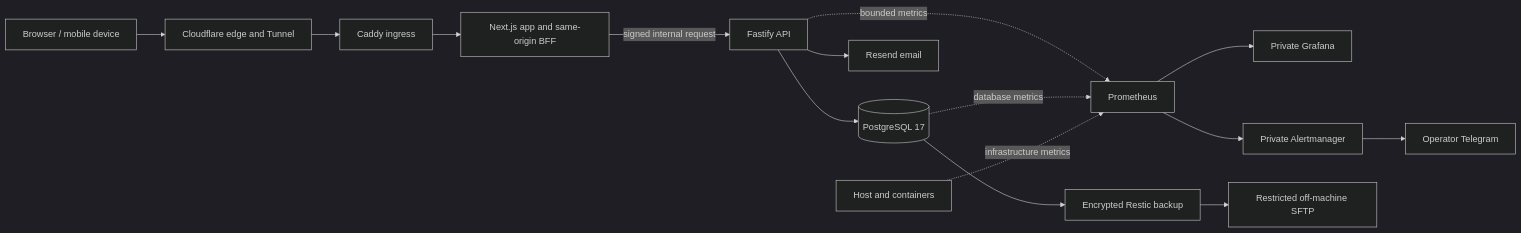
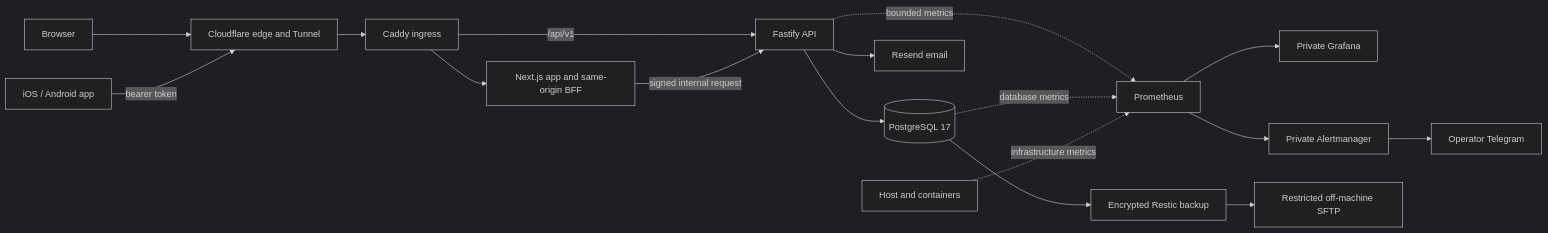
The diagram in README.md (haagjjan/gym-track), drawn with Mermaid (dark theme) before and after one commit. The commit also changed other lines of this file and 4 other files, not shown here.

````diff
--- a/README.md
+++ b/README.md
@@ -73,19 +100,21 @@
 ```mermaid
 flowchart LR
-    Browser[Browser / mobile device] --> CF[Cloudflare edge and Tunnel]
+    Browser[Browser] --> CF[Cloudflare edge and Tunnel]
+    Mobile[iOS / Android app] -->|bearer token| CF
     CF --> Caddy[Caddy ingress]
     Caddy --> Web[Next.js app and same-origin BFF]
-    Web -->|signed internal request| API[Fastify API]
+    Caddy -->|/api/v1| API[Fastify API]
+    Web -->|signed internal request| API
     API --> DB[(PostgreSQL 17)]
     API --> Mail[Resend email]
 
     API -. bounded metrics .-> Prom[Prometheus]
     DB -. database metrics .-> Prom
     Host[Host and containers] -. infrastructure metrics .-> Prom
     Prom --> Grafana[Private Grafana]
     Prom --> Alerts[Private Alertmanager]
     Alerts --> Telegram[Operator Telegram]
 
     DB --> Backup[Encrypted Restic backup]
     Backup --> Offsite[Restricted off-machine SFTP]
 ```
````
